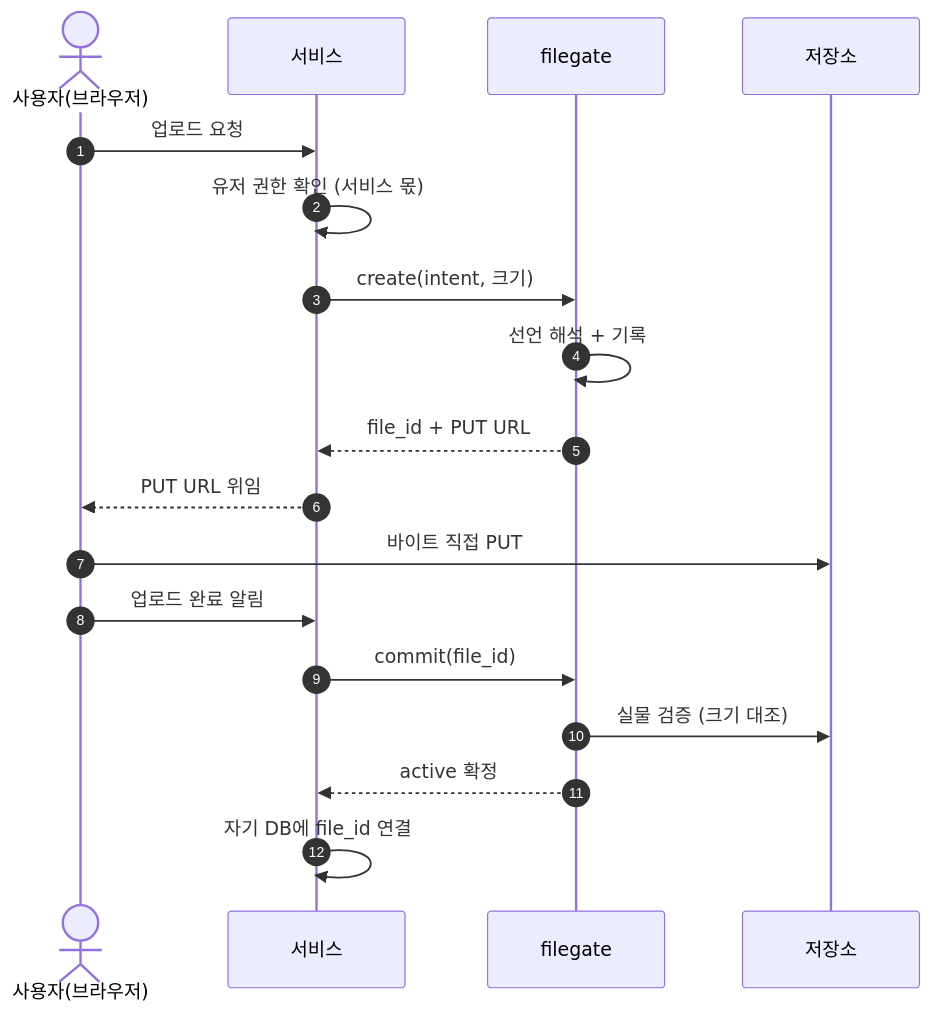
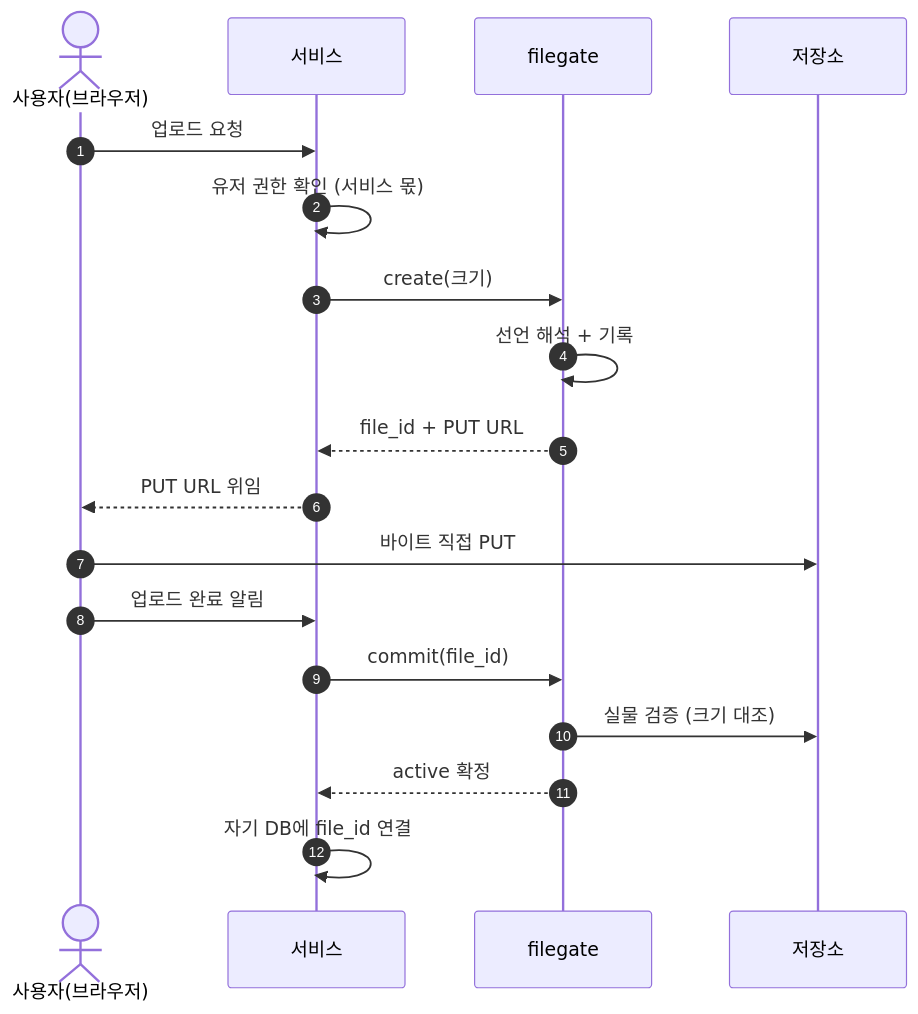
One commit to cagojeiger/filegate changed the first of 2 diagrams in docs/spec/00-operations.md. Above: the diagram before and after it, drawn with Mermaid. The commit also changed other lines of this file and 16 other files, not shown here.

````diff
--- a/docs/spec/00-operations.md
+++ b/docs/spec/00-operations.md
@@ -87,21 +87,21 @@
 ```mermaid
 sequenceDiagram
     autonumber
     actor U as 사용자(브라우저)
     participant S as 서비스
     participant F as filegate
     participant O as 저장소
 
     U->>S: 업로드 요청
     S->>S: 유저 권한 확인 (서비스 몫)
-    S->>F: create(intent, 크기)
+    S->>F: create(크기)
     F->>F: 선언 해석 + 기록
     F-->>S: file_id + PUT URL
     S-->>U: PUT URL 위임
     U->>O: 바이트 직접 PUT
     U->>S: 업로드 완료 알림
     S->>F: commit(file_id)
     F->>O: 실물 검증 (크기 대조)
     F-->>S: active 확정
     S->>S: 자기 DB에 file_id 연결
 ```
````
